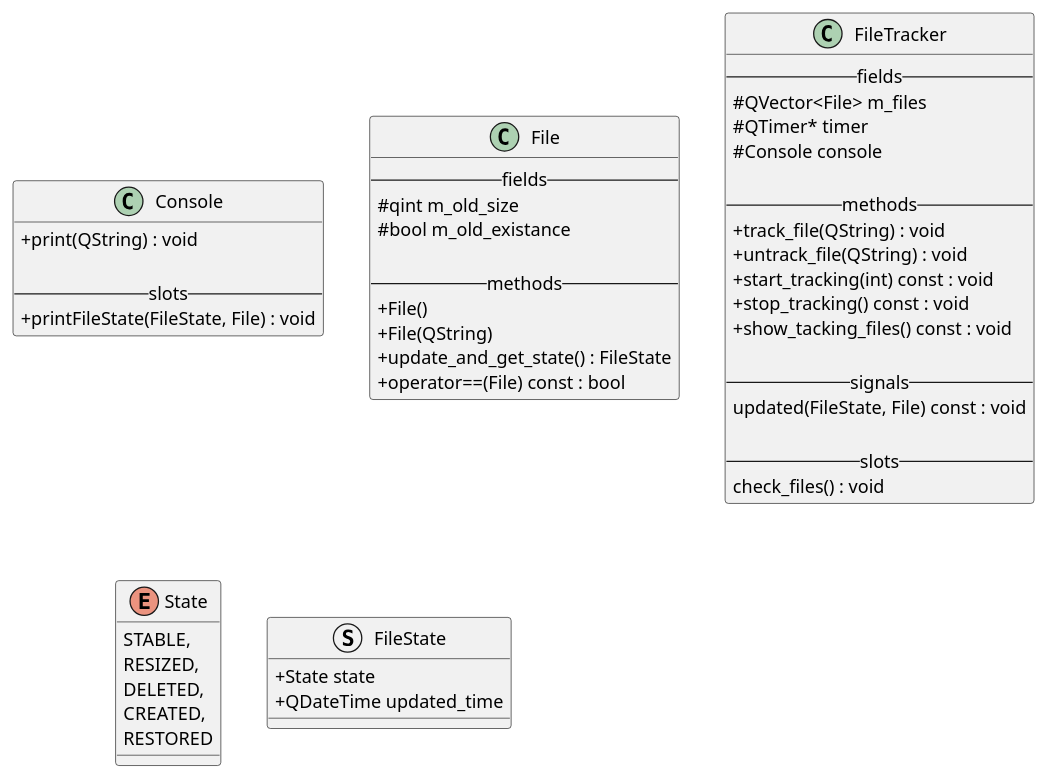
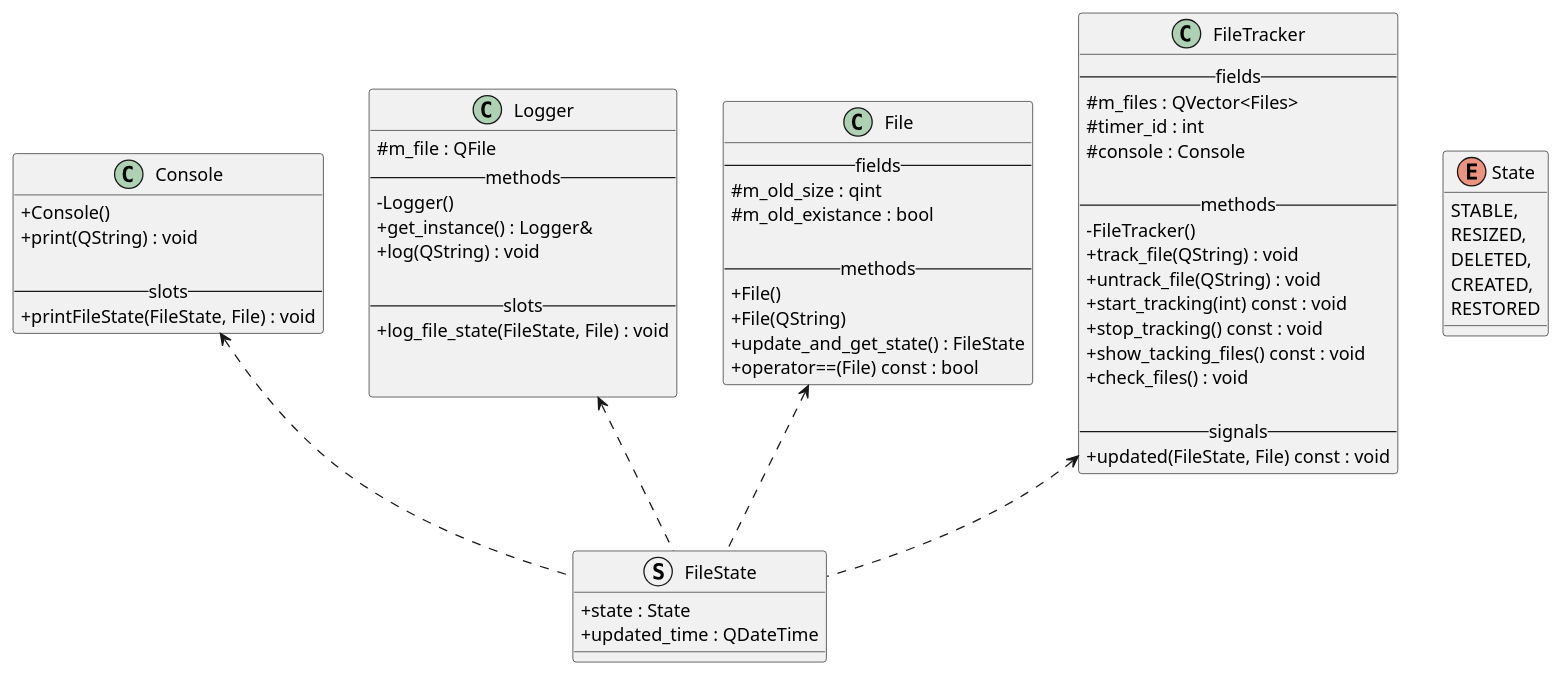
Before and after one commit to insert-zkm/QTConsoleFileManager: the diagram in UML/instance.puml, drawn with PlantUML. The commit also changed 1 other file, not shown here.

```diff
--- a/UML/instance.puml
+++ b/UML/instance.puml
@@ -1,57 +1,74 @@
 @startuml
 skinparam classAttributeIconSize 0
 
 class Console {
+    + Console()
     + print(QString) : void
 
     -- slots --
     + printFileState(FileState, File) : void
 }
 
+class Logger {
+    # m_file : QFile
+    -- methods --
+    - Logger()
+    + get_instance() : Logger&
+    + log(QString) : void
+
+    -- slots --
+    +log_file_state(FileState, File) : void
+
+
+}
+
 class File {
     -- fields --
-    # qint m_old_size
-    # bool m_old_existance
+    # m_old_size : qint
+    # m_old_existance : bool
 
     -- methods --
     + File()
     + File(QString)
     + update_and_get_state() : FileState
     + operator==(File) const : bool
 }
 
 class FileTracker {
     -- fields --
-    # QVector<File> m_files
-    # QTimer* timer
-    # Console console
+    # m_files : QVector<Files>
+    # timer_id : int
+    # console : Console
 
     -- methods --
+    - FileTracker()
     + track_file(QString) : void
     + untrack_file(QString) : void
     + start_tracking(int) const : void
     + stop_tracking() const : void
     + show_tacking_files() const : void
+    + check_files() : void
 
     -- signals --
-    updated(FileState, File) const : void
-
-    -- slots --
-    check_files() : void
+    + updated(FileState, File) const : void
 }
 
 enum State {
     STABLE,
     RESIZED,
     DELETED,
     CREATED,
     RESTORED
 }
 
 struct FileState {
-    + State state
-    + QDateTime updated_time
+    + state : State
+    + updated_time : QDateTime
 }
 
+File <.. FileState
+FileTracker <.. FileState
+Logger <.. FileState
+Console <.. FileState
 
 @enduml
```
